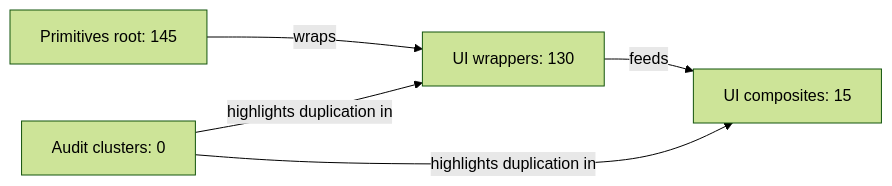
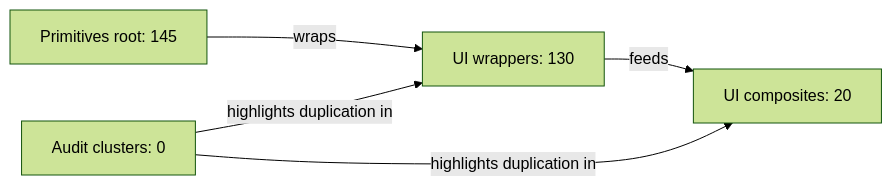
The first of 2 diagrams in reports/architecture-audit.md (rob-balfre/dryui), drawn with Mermaid (forest theme) before and after one commit. The commit also changed other lines of this file and 4 other files, not shown here.

First line of the commit message:
chore: update generated spec, architecture, and lockfile

````diff
--- a/reports/architecture-audit.md
+++ b/reports/architecture-audit.md
@@ -18,11 +18,11 @@
 ```mermaid
 flowchart LR
   p_root["Primitives root: 145"]
   u_wrap["UI wrappers: 130"]
-  u_comp["UI composites: 15"]
+  u_comp["UI composites: 20"]
   audit["Audit clusters: 0"]
   p_root -->|wraps| u_wrap
   u_wrap -->|feeds| u_comp
   audit -->|highlights duplication in| u_comp
   audit -->|highlights duplication in| u_wrap
 ```
````
